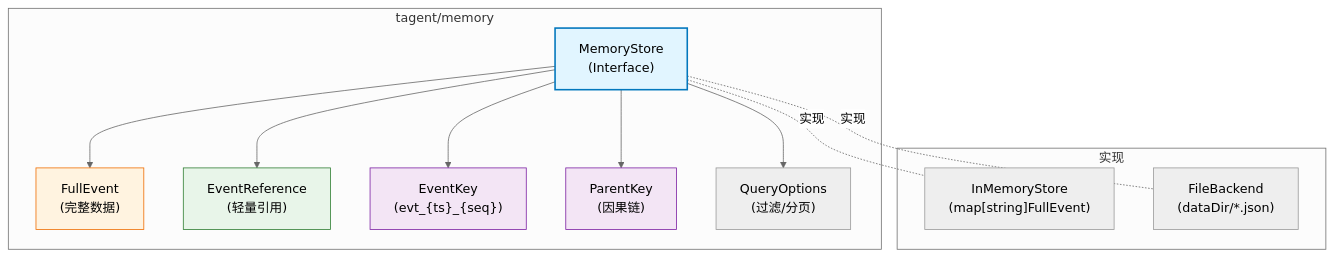
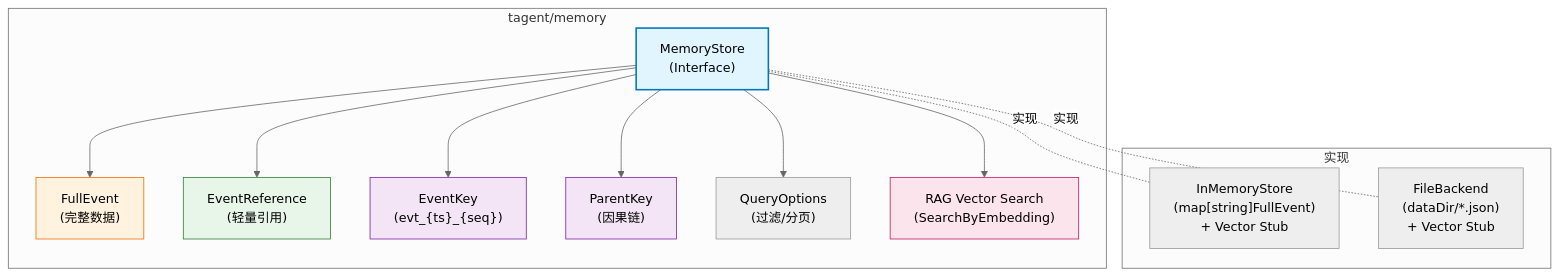
The first of 3 diagrams in docs/wiki/memory/memory-architecture.md (SpellingDragon/tagent), drawn with Mermaid (neutral theme) before and after one commit. The commit also changed other lines of this file and 33 other files, not shown here.

````diff
--- a/docs/wiki/memory/memory-architecture.md
+++ b/docs/wiki/memory/memory-architecture.md
@@ -32,31 +34,34 @@
 ```mermaid
 graph TB
     subgraph "tagent/memory"
         MS["MemoryStore\n(Interface)"]
         FE["FullEvent\n(完整数据)"]
         ER["EventReference\n(轻量引用)"]
         EK["EventKey\n(evt_{ts}_{seq})"]
         PK["ParentKey\n(因果链)"]
         QO["QueryOptions\n(过滤/分页)"]
+        RAG["RAG Vector Search\n(SearchByEmbedding)"]
     end
 
     subgraph "实现"
-        IM["InMemoryStore\n(map[string]FullEvent)"]
-        FB["FileBackend\n(dataDir/*.json)"]
+        IM["InMemoryStore\n(map[string]FullEvent)\n+ Vector Stub"]
+        FB["FileBackend\n(dataDir/*.json)\n+ Vector Stub"]
     end
 
     MS --> FE
     MS --> ER
     MS --> EK
     MS --> PK
     MS --> QO
+    MS --> RAG
 
     MS -.-|"实现"| IM
     MS -.-|"实现"| FB
 
     style MS fill:#e1f5ff,stroke:#0277bd,stroke-width:2px
     style FE fill:#fff3e0,stroke:#ef6c00
     style ER fill:#e8f5e9,stroke:#2e7d32
     style EK fill:#f3e5f5,stroke:#7b1fa2
     style PK fill:#f3e5f5,stroke:#7b1fa2
+    style RAG fill:#fce4ec,stroke:#c2185b
 ```
````
